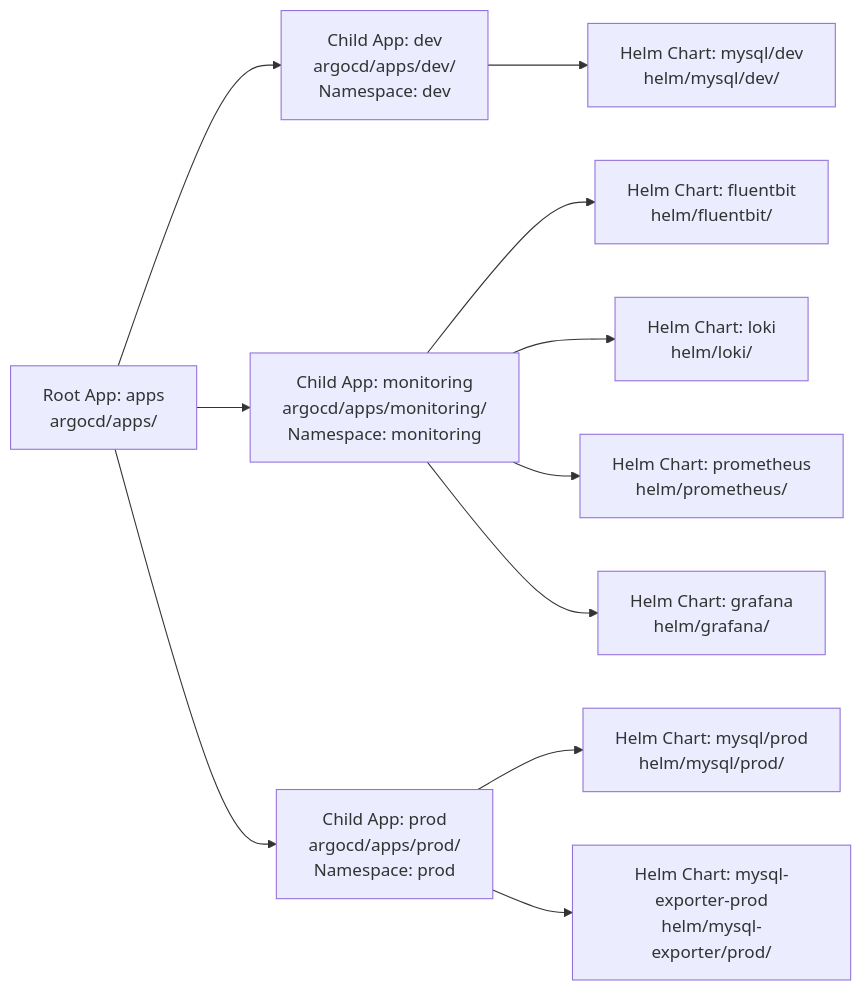
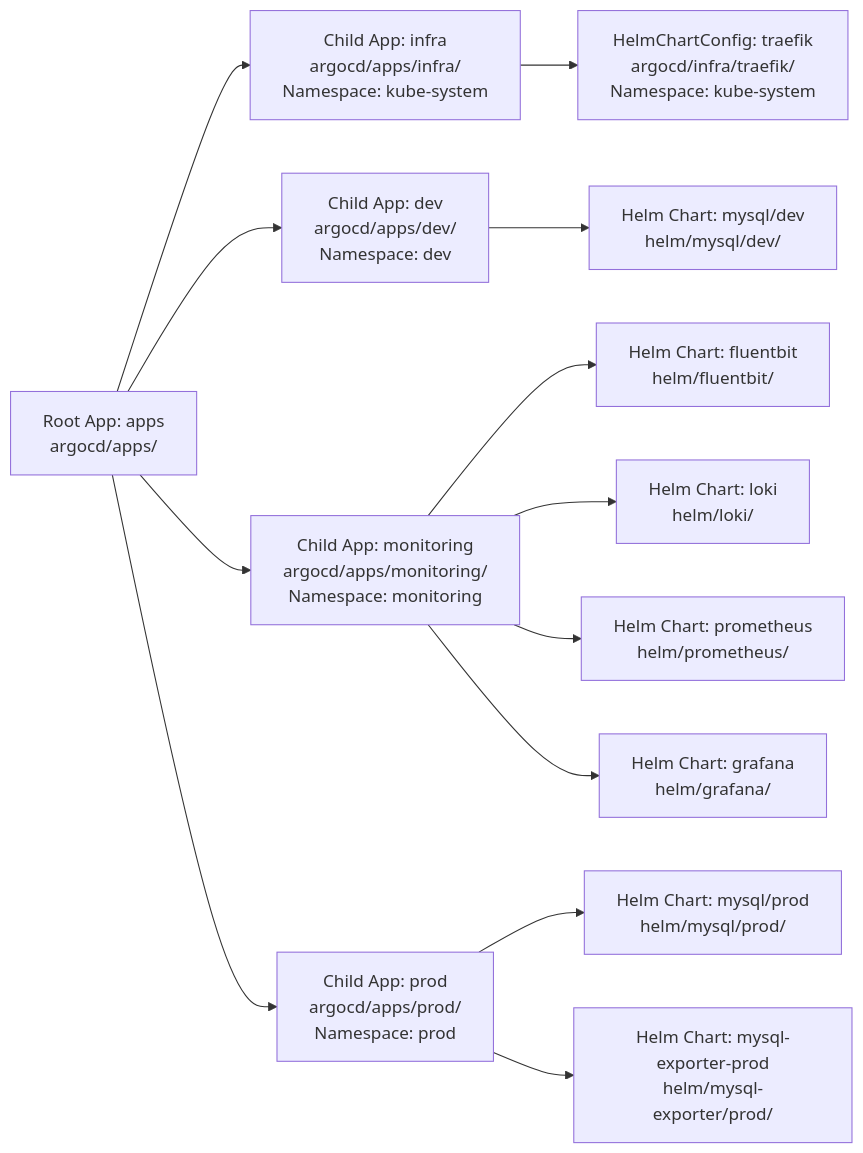
Before and after one commit to minhntt1/local-infra: the diagram in argocd/README.md, drawn with Mermaid. The commit also changed other lines of this file and 1 other file, not shown here.

Commit message:
docs: update READMEs with restructured argocd paths for traefik-config

````diff
--- a/argocd/README.md
+++ b/argocd/README.md
@@ -9,14 +9,16 @@
 ```mermaid
 flowchart LR
-    ROOT["Root App: apps\nargocd/apps/"] --> DEV["Child App: dev\nargocd/apps/dev/\nNamespace: dev"]
+    ROOT["Root App: apps\nargocd/apps/"] --> INFRA["Child App: infra\nargocd/apps/infra/\nNamespace: kube-system"]
+    ROOT --> DEV["Child App: dev\nargocd/apps/dev/\nNamespace: dev"]
     ROOT --> MON["Child App: monitoring\nargocd/apps/monitoring/\nNamespace: monitoring"]
     ROOT --> PROD["Child App: prod\nargocd/apps/prod/\nNamespace: prod"]
 
+    INFRA --> TRAEFIK_CFG["HelmChartConfig: traefik\nargocd/infra/traefik/\nNamespace: kube-system"]
     DEV --> MYSQL["Helm Chart: mysql/dev\nhelm/mysql/dev/"]
     MON --> FB["Helm Chart: fluentbit\nhelm/fluentbit/"]
     MON --> LOKI["Helm Chart: loki\nhelm/loki/"]
     MON --> PROM["Helm Chart: prometheus\nhelm/prometheus/"]
     PROD --> MYSQL_PROD["Helm Chart: mysql/prod\nhelm/mysql/prod/"]
     PROD --> MYSQL_EXPORTER["Helm Chart: mysql-exporter-prod\nhelm/mysql-exporter/prod/"]
     MON --> GRAFANA["Helm Chart: grafana\nhelm/grafana/"]
 ```
````
